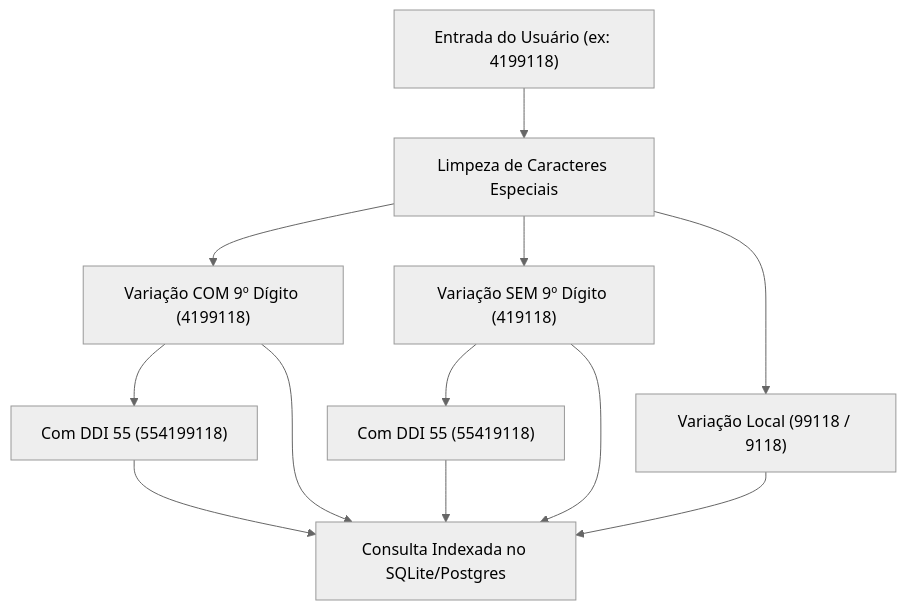
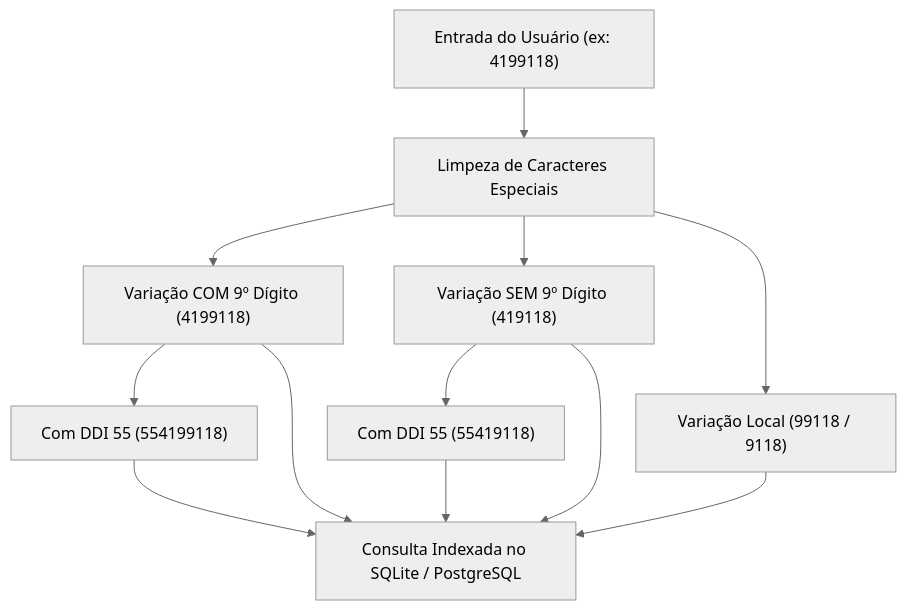
Before and after one commit to vicenzzopalma/VERITAS: the first of 2 diagrams in README.md, drawn with Mermaid (neutral theme). The commit also changed other lines of this file, not shown here.

````diff
--- a/README.md
+++ b/README.md
@@ -113,10 +110,10 @@
 ```mermaid
 graph TD
     Input["Entrada do Usuário (ex: 4199118)"] --> Clean["Limpeza de Caracteres Especiais"]
     Clean --> P1["Variação COM 9º Dígito (4199118)"]
     Clean --> P2["Variação SEM 9º Dígito (419118)"]
     P1 --> D1["Com DDI 55 (554199118)"]
     P2 --> D2["Com DDI 55 (55419118)"]
     Clean --> Local["Variação Local (99118 / 9118)"]
-    D1 & D2 & P1 & P2 & Local --> Match["Consulta Indexada no SQLite/Postgres"]
+    D1 & D2 & P1 & P2 & Local --> Match["Consulta Indexada no SQLite / PostgreSQL"]
 ```
````
